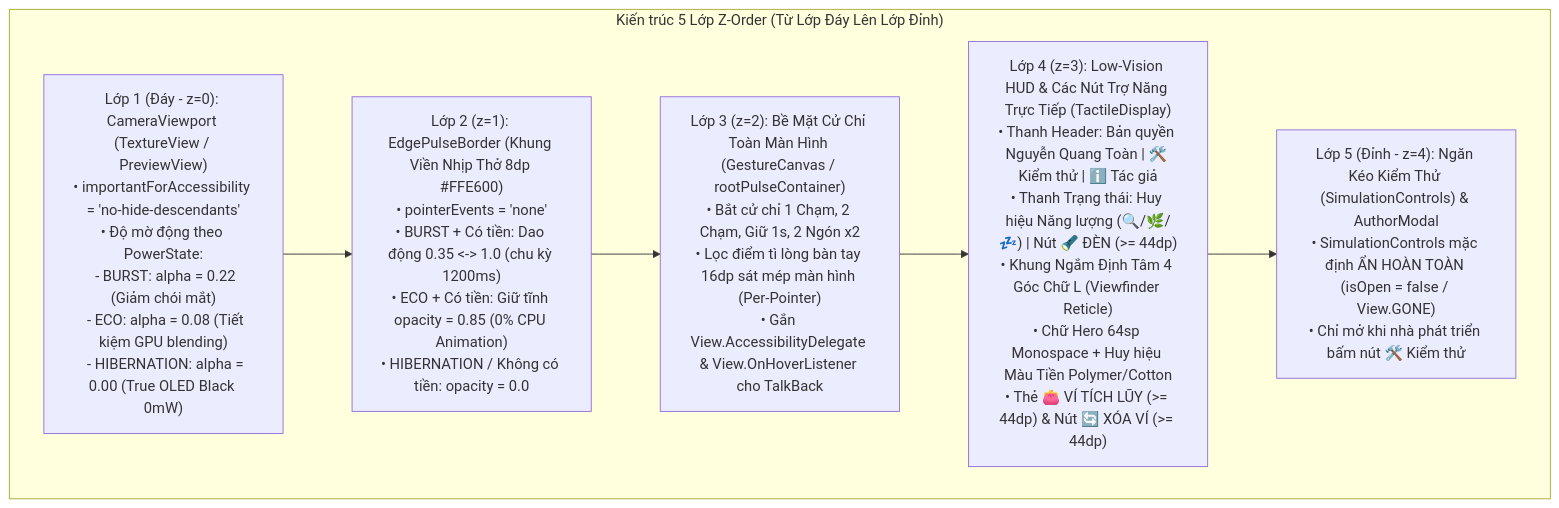
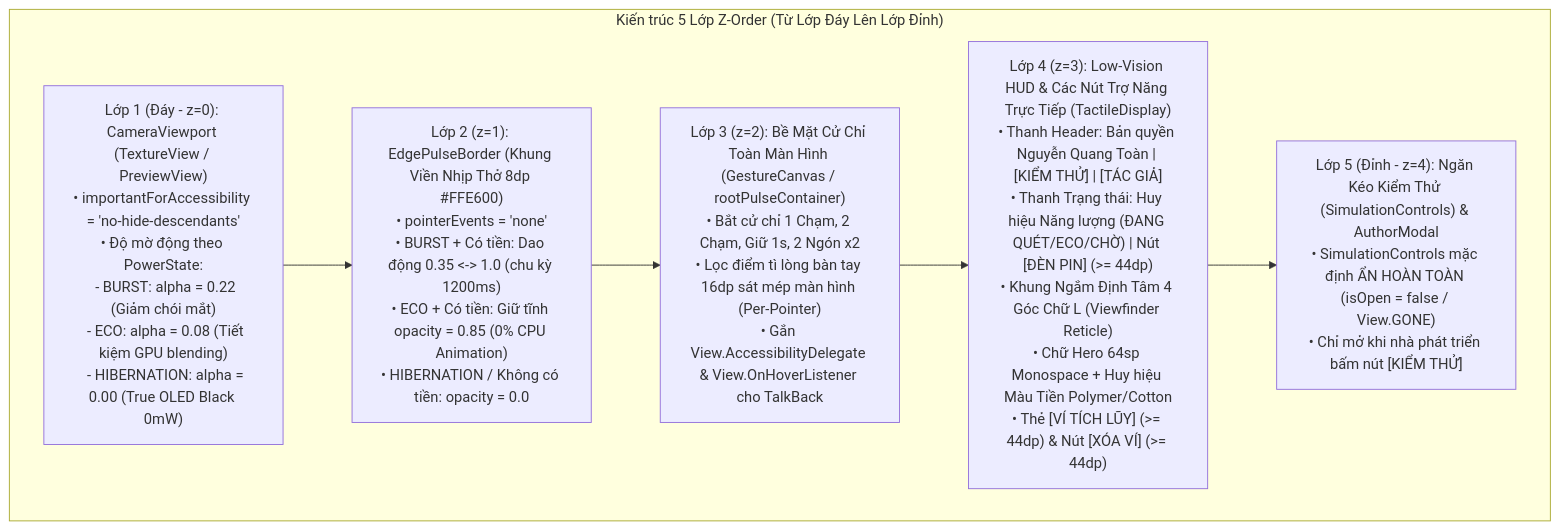
The first of 7 diagrams in docs/BLIND_FIRST_UI_UX_SPECIFICATION.md (hezioquan12/vietnamese-money-vision), drawn with Mermaid before and after one commit. The commit also changed other lines of this file and 4 other files, not shown here.

Commit message:
docs: standardize technical specifications, remove sprint tickets and de-slop diagrams

````diff
--- a/docs/BLIND_FIRST_UI_UX_SPECIFICATION.md
+++ b/docs/BLIND_FIRST_UI_UX_SPECIFICATION.md
@@ -25,12 +25,12 @@
 ```mermaid
 flowchart TD
     subgraph ZLayers["Kiến trúc 5 Lớp Z-Order (Từ Lớp Đáy Lên Lớp Đỉnh)"]
         L1["Lớp 1 (Đáy - z=0): CameraViewport (TextureView / PreviewView)\n• importantForAccessibility = 'no-hide-descendants'\n• Độ mờ động theo PowerState:\n  - BURST: alpha = 0.22 (Giảm chói mắt)\n  - ECO: alpha = 0.08 (Tiết kiệm GPU blending)\n  - HIBERNATION: alpha = 0.00 (True OLED Black 0mW)"]
         L2["Lớp 2 (z=1): EdgePulseBorder (Khung Viền Nhịp Thở 8dp #FFE600)\n• pointerEvents = 'none'\n• BURST + Có tiền: Dao động 0.35 <-> 1.0 (chu kỳ 1200ms)\n• ECO + Có tiền: Giữ tĩnh opacity = 0.85 (0% CPU Animation)\n• HIBERNATION / Không có tiền: opacity = 0.0"]
         L3["Lớp 3 (z=2): Bề Mặt Cử Chỉ Toàn Màn Hình (GestureCanvas / rootPulseContainer)\n• Bắt cử chỉ 1 Chạm, 2 Chạm, Giữ 1s, 2 Ngón x2\n• Lọc điểm tì lòng bàn tay 16dp sát mép màn hình (Per-Pointer)\n• Gắn View.AccessibilityDelegate & View.OnHoverListener cho TalkBack"]
-        L4["Lớp 4 (z=3): Low-Vision HUD & Các Nút Trợ Năng Trực Tiếp (TactileDisplay)\n• Thanh Header: Bản quyền Nguyễn Quang Toàn | 🛠️ Kiểm thử | ℹ️ Tác giả\n• Thanh Trạng thái: Huy hiệu Năng lượng (🔍/🌿/💤) | Nút 🔦 ĐÈN (>= 44dp)\n• Khung Ngắm Định Tâm 4 Góc Chữ L (Viewfinder Reticle)\n• Chữ Hero 64sp Monospace + Huy hiệu Màu Tiền Polymer/Cotton\n• Thẻ 👛 VÍ TÍCH LŨY (>= 44dp) & Nút 🔄 XÓA VÍ (>= 44dp)"]
-        L5["Lớp 5 (Đỉnh - z=4): Ngăn Kéo Kiểm Thử (SimulationControls) & AuthorModal\n• SimulationControls mặc định ẨN HOÀN TOÀN (isOpen = false / View.GONE)\n• Chỉ mở khi nhà phát triển bấm nút 🛠️ Kiểm thử"]
+        L4["Lớp 4 (z=3): Low-Vision HUD & Các Nút Trợ Năng Trực Tiếp (TactileDisplay)\n• Thanh Header: Bản quyền Nguyễn Quang Toàn | [KIỂM THỬ] | [TÁC GIẢ]\n• Thanh Trạng thái: Huy hiệu Năng lượng (ĐANG QUÉT/ECO/CHỜ) | Nút [ĐÈN PIN] (>= 44dp)\n• Khung Ngắm Định Tâm 4 Góc Chữ L (Viewfinder Reticle)\n• Chữ Hero 64sp Monospace + Huy hiệu Màu Tiền Polymer/Cotton\n• Thẻ [VÍ TÍCH LŨY] (>= 44dp) & Nút [XÓA VÍ] (>= 44dp)"]
+        L5["Lớp 5 (Đỉnh - z=4): Ngăn Kéo Kiểm Thử (SimulationControls) & AuthorModal\n• SimulationControls mặc định ẨN HOÀN TOÀN (isOpen = false / View.GONE)\n• Chỉ mở khi nhà phát triển bấm nút [KIỂM THỬ]"]
     end
 
     L1 --> L2 --> L3 --> L4 --> L5
 ```
````
